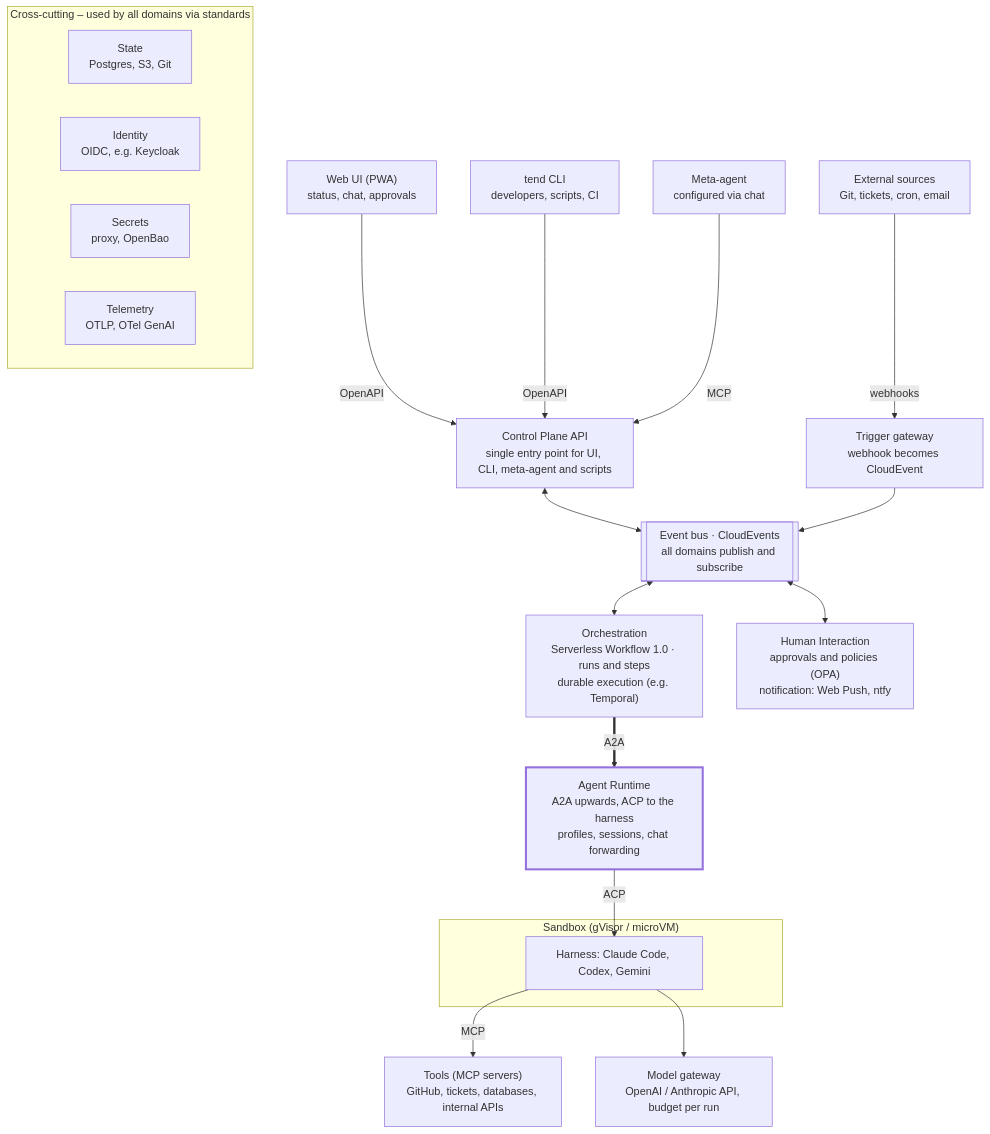
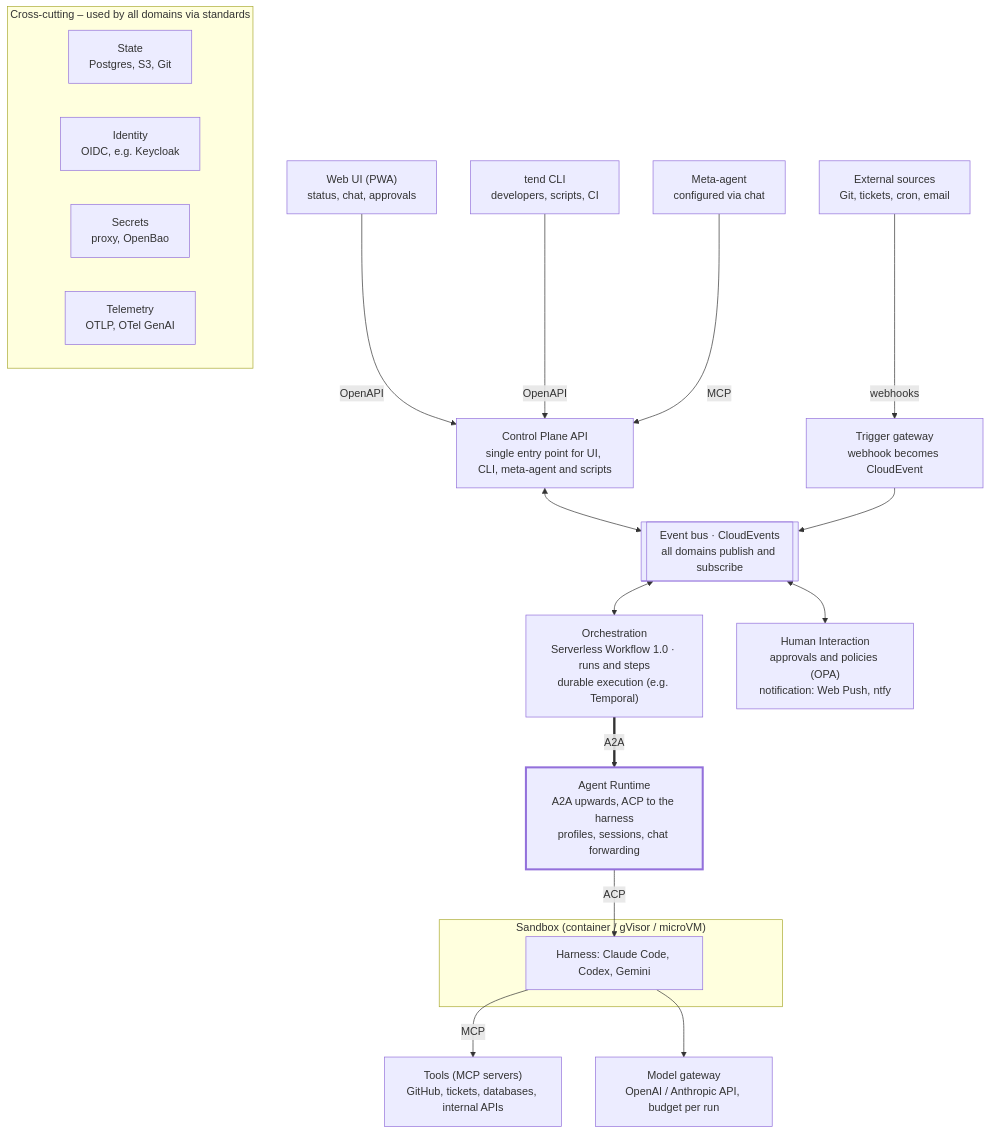
The diagram in docs/platform-architecture.md (mtiews/tendworks), drawn with Mermaid before and after one commit. The commit also changed other lines of this file and 4 other files, not shown here.

````diff
--- a/docs/platform-architecture.md
+++ b/docs/platform-architecture.md
@@ -28,38 +28,38 @@
 ```mermaid
 flowchart TB
   UI["Web UI (PWA)<br/>status, chat, approvals"]
   CLI["tend CLI<br/>developers, scripts, CI"]
   META["Meta-agent<br/>configured via chat"]
   EXT["External sources<br/>Git, tickets, cron, email"]
   CP["Control Plane API<br/>single entry point for UI, CLI, meta-agent and scripts"]
   TRG["Trigger gateway<br/>webhook becomes CloudEvent"]
   BUS[["Event bus · CloudEvents<br/>all domains publish and subscribe"]]
   ORCH["Orchestration<br/>Serverless Workflow 1.0 · runs and steps<br/>durable execution (e.g. Temporal)"]
   HI["Human Interaction<br/>approvals and policies (OPA)<br/>notification: Web Push, ntfy"]
   AR["Agent Runtime<br/>A2A upwards, ACP to the harness<br/>profiles, sessions, chat forwarding"]
   TOOLS["Tools (MCP servers)<br/>GitHub, tickets, databases, internal APIs"]
   MG["Model gateway<br/>OpenAI / Anthropic API, budget per run"]
-  subgraph SB["Sandbox (gVisor / microVM)"]
+  subgraph SB["Sandbox (container / gVisor / microVM)"]
     H["Harness: Claude Code, Codex, Gemini"]
   end
   subgraph CC["Cross-cutting – used by all domains via standards"]
     ST["State<br/>Postgres, S3, Git"]
     ID["Identity<br/>OIDC, e.g. Keycloak"]
     SEC["Secrets<br/>proxy, OpenBao"]
     TEL["Telemetry<br/>OTLP, OTel GenAI"]
   end
   UI -- OpenAPI --> CP
   CLI -- OpenAPI --> CP
   META -- MCP --> CP
   EXT -- webhooks --> TRG
   CP <--> BUS
   TRG --> BUS
   BUS <--> ORCH
   BUS <--> HI
   ORCH == A2A ==> AR
   AR -- ACP --> H
   H -- MCP --> TOOLS
   H --> MG
   classDef accent stroke-width:3px
   class AR accent
 ```
````
